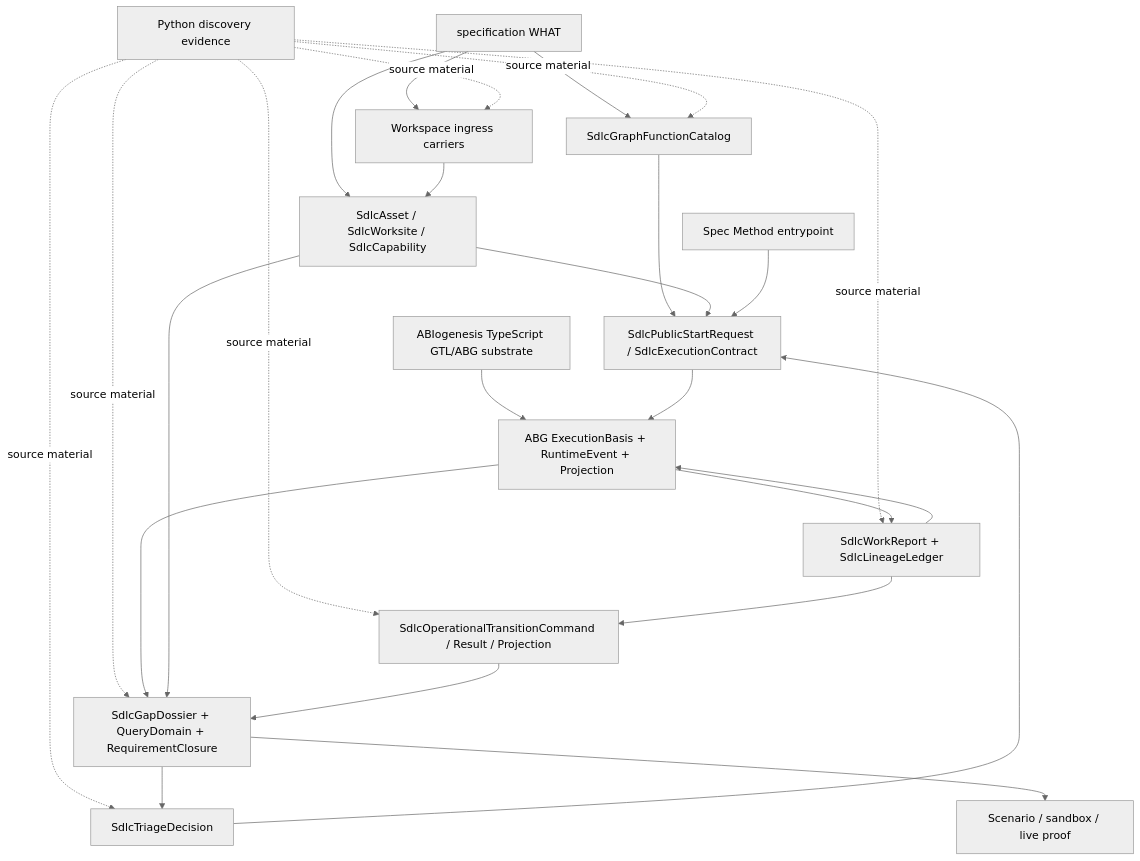
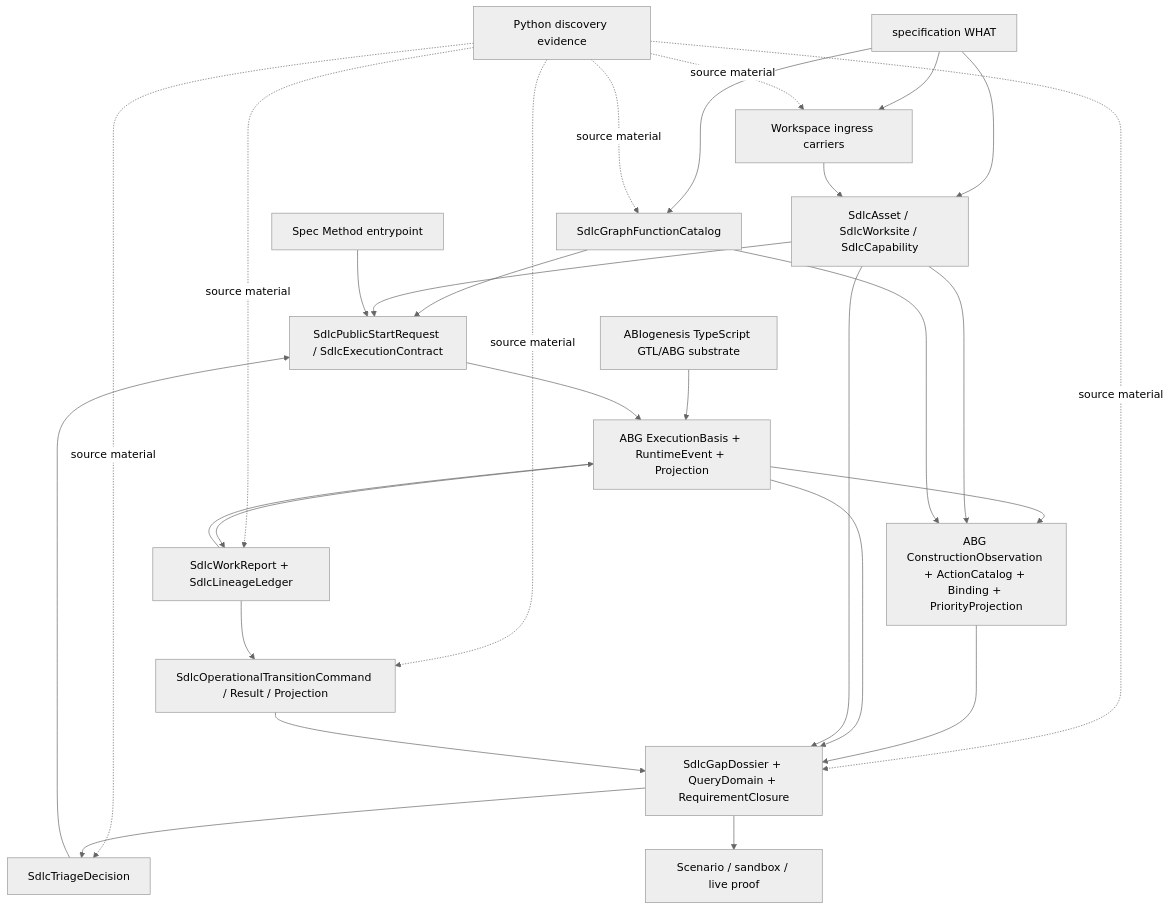
Before and after one commit to foolishimp/odd_sdlc: the diagram in build_tenants/typescript/design/ODD_SDLC_TYPESCRIPT_TENANT_STRUCTURAL_CARRIER_DIAGRAM.md, drawn with Mermaid (neutral theme). The commit also changed other lines of this file and 33 other files, not shown here.

````diff
--- a/build_tenants/typescript/design/ODD_SDLC_TYPESCRIPT_TENANT_STRUCTURAL_CARRIER_DIAGRAM.md
+++ b/build_tenants/typescript/design/ODD_SDLC_TYPESCRIPT_TENANT_STRUCTURAL_CARRIER_DIAGRAM.md
@@ -14,44 +14,49 @@
 ```mermaid
 flowchart TD
   Spec[specification WHAT]
   Py[Python discovery evidence]
   Abiogenesis[ABIogenesis TypeScript GTL/ABG substrate]
 
   Graph[SdlcGraphFunctionCatalog]
   Domain[SdlcAsset / SdlcWorksite / SdlcCapability]
   Workspace[Workspace ingress carriers]
   Start[SdlcPublicStartRequest / SdlcExecutionContract]
   ABG[ABG ExecutionBasis + RuntimeEvent + Projection]
+  Evaluator[ABG ConstructionObservation + ActionCatalog + Binding + PriorityProjection]
   Hooks[SdlcWorkReport + SdlcLineageLedger]
   Projection[SdlcGapDossier + QueryDomain + RequirementClosure]
   Triage[SdlcTriageDecision]
   Operational[SdlcOperationalTransitionCommand / Result / Projection]
   SpecMethod[Spec Method entrypoint]
   Qualification[Scenario / sandbox / live proof]
 
   Spec --> Graph
   Spec --> Domain
   Spec --> Workspace
   Py -.source material.-> Graph
   Py -.source material.-> Workspace
   Py -.source material.-> Hooks
   Py -.source material.-> Projection
   Py -.source material.-> Triage
   Py -.source material.-> Operational
   Abiogenesis --> ABG
 
   Graph --> Start
   Domain --> Start
   Workspace --> Domain
   SpecMethod --> Start
   Start --> ABG
   ABG --> Hooks
   Hooks --> ABG
+  ABG --> Evaluator
+  Domain --> Evaluator
+  Graph --> Evaluator
+  Evaluator --> Projection
   ABG --> Projection
   Domain --> Projection
   Projection --> Triage
   Triage --> Start
   Operational --> Projection
   Hooks --> Operational
   Projection --> Qualification
 ```
````
